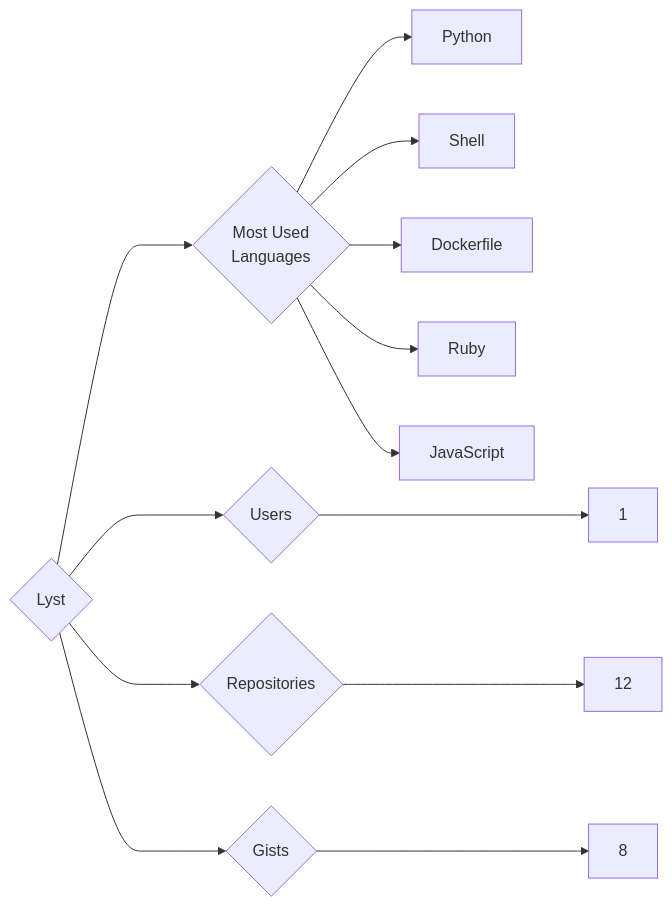
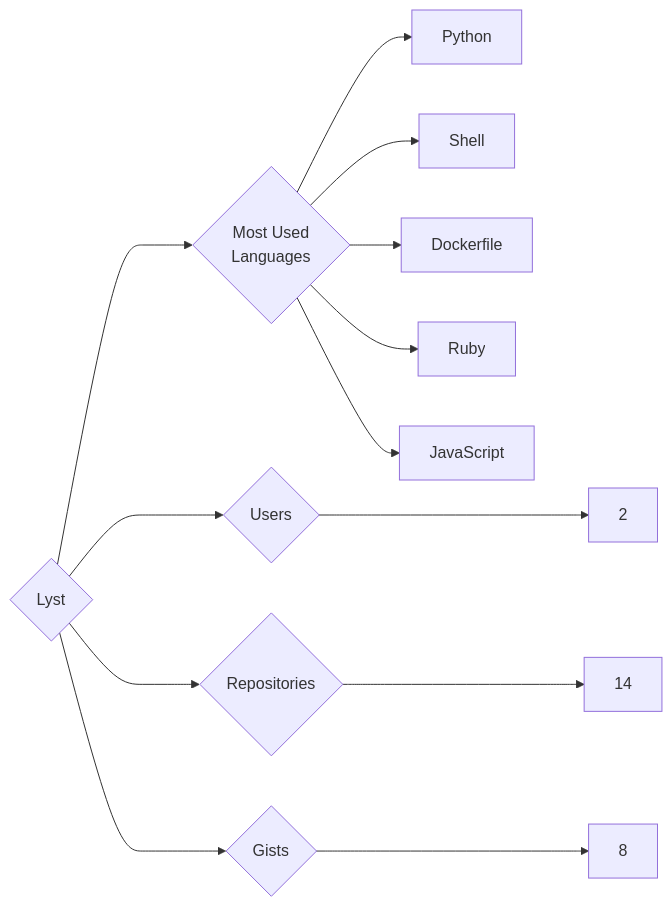
The diagram in targets/Lyst/README.md (trickest/insiders), drawn with Mermaid before and after one commit. The commit also changed 611 other files, not shown here.

````diff
--- a/targets/Lyst/README.md
+++ b/targets/Lyst/README.md
@@ -3,13 +3,13 @@
 ```mermaid
 graph LR
 COMPANY_NAME{Lyst}
-COMPANY_NAME ---> U{Users} ---> UN[1]
-COMPANY_NAME ---> R{Repositories} ---> RN[12]
+COMPANY_NAME ---> U{Users} ---> UN[2]
+COMPANY_NAME ---> R{Repositories} ---> RN[14]
 COMPANY_NAME ---> G{Gists} ---> GN[8]
 COMPANY_NAME ---> ML{Most Used<br>Languages}
 ML --> Python[Python]
 ML --> Shell[Shell]
 ML --> Dockerfile[Dockerfile]
 ML --> Ruby[Ruby]
 ML --> JavaScript[JavaScript]
 ```
````
